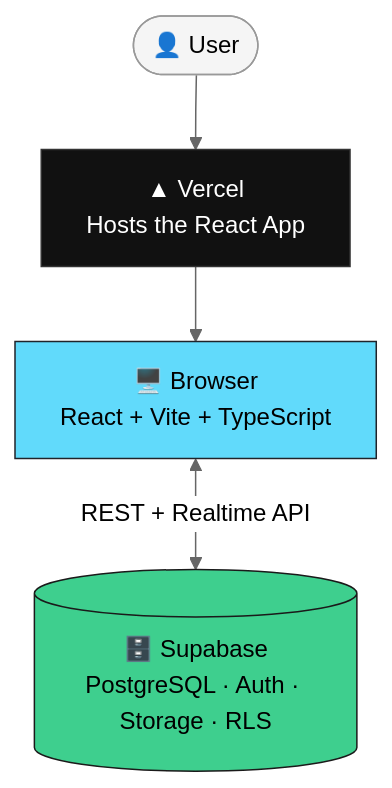
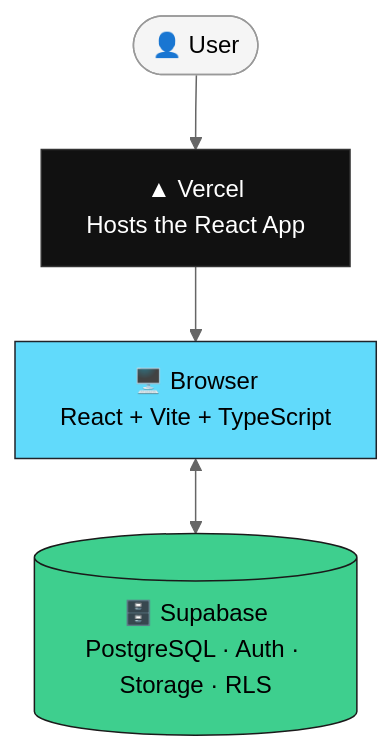
Before and after one commit to still-trying/food-rescue: the first of 7 diagrams in README.md, drawn with Mermaid (neutral theme). The commit also changed other lines of this file, not shown here.

````diff
--- a/README.md
+++ b/README.md
@@ -119,11 +119,11 @@
 ```mermaid
 flowchart TD
     U(["👤 User"]) --> V["▲ Vercel<br/>Hosts the React App"]
     V --> B["🖥️ Browser<br/>React + Vite + TypeScript"]
-    B <-->|REST + Realtime API| S[("🗄️ Supabase<br/>PostgreSQL · Auth · Storage · RLS")]
+    B <--> S[("🗄️ Supabase<br/>PostgreSQL · Auth · Storage · RLS")]
 
     style U fill:#f5f5f5,stroke:#999999,color:#000000
     style V fill:#111111,stroke:#333333,color:#ffffff
     style B fill:#61DAFB,stroke:#20232a,color:#000000
     style S fill:#3ECF8E,stroke:#1a1a1a,color:#000000
 ```
````
